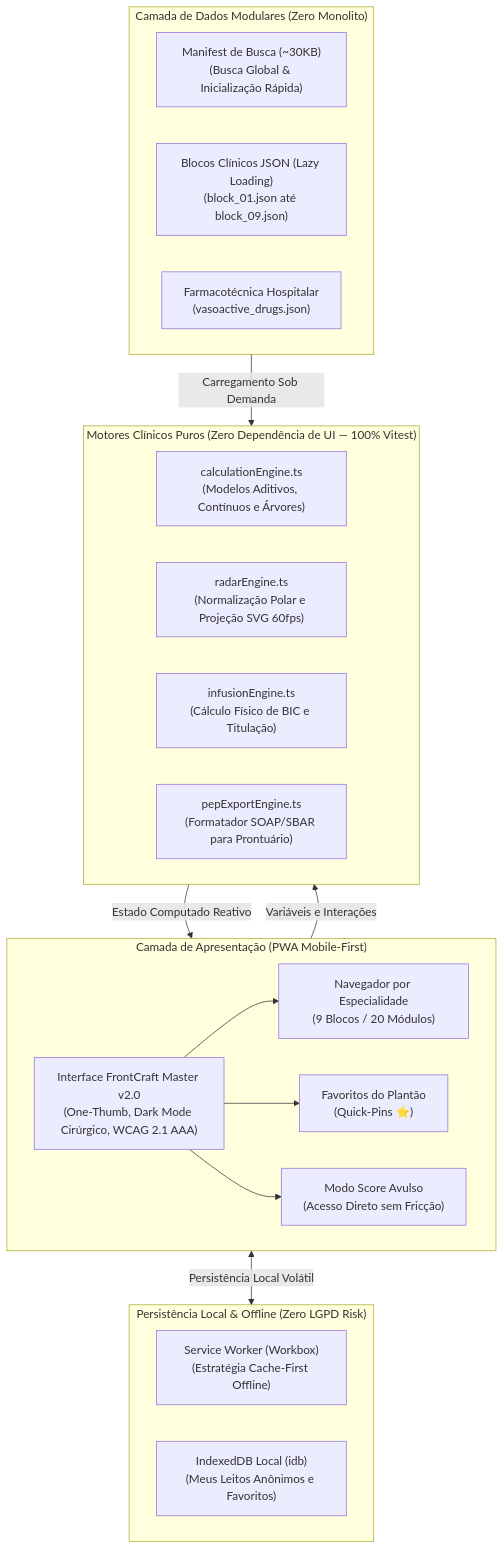
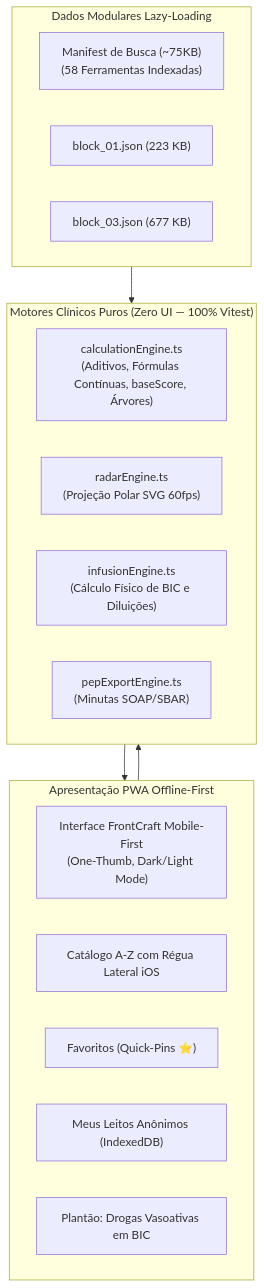
One commit to melkidonadonmed-lgtm/scoreboard changed the first of 2 diagrams in README.md. Above: the diagram before and after it, drawn with Mermaid. The commit also changed other lines of this file, not shown here.

Commit message:
docs(readme): atualizar com o arsenal de neurocirurgia, deploy no Cloud Run e roadmap futuro

````diff
--- a/README.md
+++ b/README.md
@@ -59,35 +112,27 @@
 ```mermaid
 flowchart TD
-    subgraph UI["Camada de Apresentação (PWA Mobile-First)"]
-        A["Interface FrontCraft Master v2.0<br/>(One-Thumb, Dark Mode Cirúrgico, WCAG 2.1 AAA)"]
-        A1["Navegador por Especialidade<br/>(9 Blocos / 20 Módulos)"]
-        A2["Favoritos do Plantão<br/>(Quick-Pins ⭐)"]
-        A3["Modo Score Avulso<br/>(Acesso Direto sem Fricção)"]
-        A --> A1
-        A --> A2
-        A --> A3
+    subgraph UI["Apresentação PWA Offline-First"]
+        A["Interface FrontCraft Mobile-First<br/>(One-Thumb, Dark/Light Mode)"]
+        A1["Catálogo A-Z com Régua Lateral iOS"]
+        A2["Favoritos (Quick-Pins ⭐)"]
+        A3["Meus Leitos Anônimos (IndexedDB)"]
+        A4["Plantão: Drogas Vasoativas em BIC"]
     end
 
-    subgraph ENGINES["Motores Clínicos Puros (Zero Dependência de UI — 100% Vitest)"]
-        E1["calculationEngine.ts<br/>(Modelos Aditivos, Contínuos e Árvores)"]
-        E2["radarEngine.ts<br/>(Normalização Polar e Projeção SVG 60fps)"]
-        E3["infusionEngine.ts<br/>(Cálculo Físico de BIC e Titulação)"]
-        E4["pepExportEngine.ts<br/>(Formatador SOAP/SBAR para Prontuário)"]
+    subgraph ENGINES["Motores Clínicos Puros (Zero UI — 100% Vitest)"]
+        E1["calculationEngine.ts<br/>(Aditivos, Fórmulas Contínuas, baseScore, Árvores)"]
+        E2["radarEngine.ts<br/>(Projeção Polar SVG 60fps)"]
+        E3["infusionEngine.ts<br/>(Cálculo Físico de BIC e Diluições)"]
+        E4["pepExportEngine.ts<br/>(Minutas SOAP/SBAR)"]
     end
 
-    subgraph DATA["Camada de Dados Modulares (Zero Monolito)"]
-        D1["Manifest de Busca (~30KB)<br/>(Busca Global & Inicialização Rápida)"]
-        D2["Blocos Clínicos JSON (Lazy Loading)<br/>(block_01.json até block_09.json)"]
-        D3["Farmacotécnica Hospitalar<br/>(vasoactive_drugs.json)"]
+    subgraph DATA["Dados Modulares Lazy-Loading"]
+        D1["Manifest de Busca (~75KB)<br/>(58 Ferramentas Indexadas)"]
+        D2["block_01.json (223 KB)"]
+        D3["block_03.json (677 KB)"]
     end
 
-    subgraph STORAGE["Persistência Local & Offline (Zero LGPD Risk)"]
-        S1["Service Worker (Workbox)<br/>(Estratégia Cache-First Offline)"]
-        S2["IndexedDB Local (idb)<br/>(Meus Leitos Anônimos e Favoritos)"]
-    end
-
-    UI -->|"Variáveis e Interações"| ENGINES
-    DATA -->|"Carregamento Sob Demanda"| ENGINES
-    ENGINES -->|"Estado Computado Reativo"| UI
-    UI <-->|"Persistência Local Volátil"| STORAGE
+    UI --> ENGINES
+    DATA --> ENGINES
+    ENGINES --> UI
 ```
````
